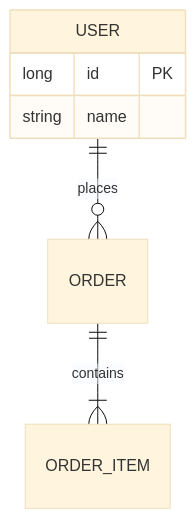
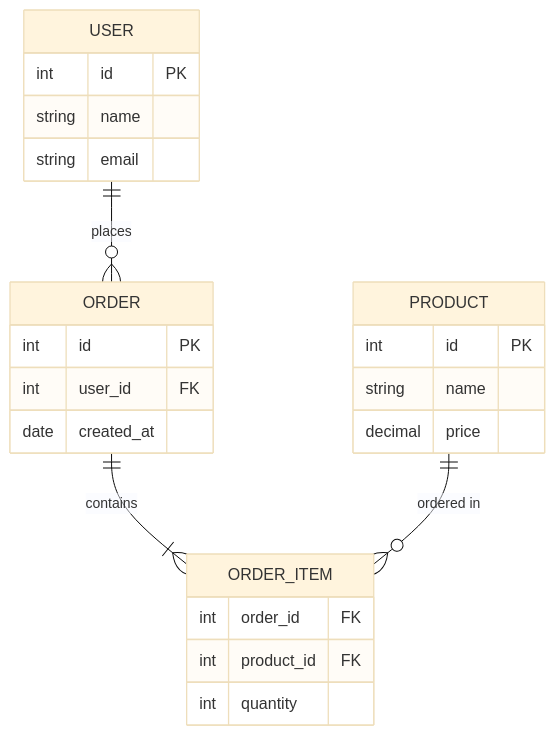
The fourth of 8 diagrams in skills/data/mermaid-diagram/SKILL.md (runkids/claude-skill-registry), drawn with Mermaid (base theme) before and after one commit. The commit also changed other lines of this file and 15747 other files, not shown here.

````diff
--- a/skills/data/mermaid-diagram/SKILL.md
+++ b/skills/data/mermaid-diagram/SKILL.md
@@ -111,9 +130,27 @@
 ```mermaid
 erDiagram
     USER ||--o{ ORDER : places
     ORDER ||--|{ ORDER_ITEM : contains
+    PRODUCT ||--o{ ORDER_ITEM : "ordered in"
+
     USER {
-        long id PK
+        int id PK
         string name
+        string email
+    }
+    ORDER {
+        int id PK
+        int user_id FK
+        date created_at
+    }
+    ORDER_ITEM {
+        int order_id FK
+        int product_id FK
+        int quantity
+    }
+    PRODUCT {
+        int id PK
+        string name
+        decimal price
     }
 ```
````
